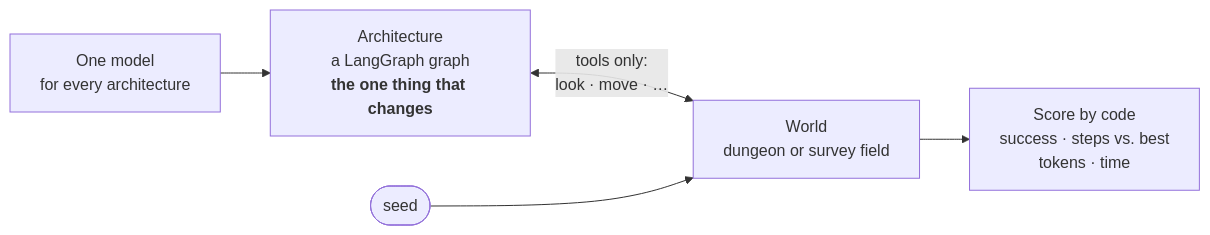
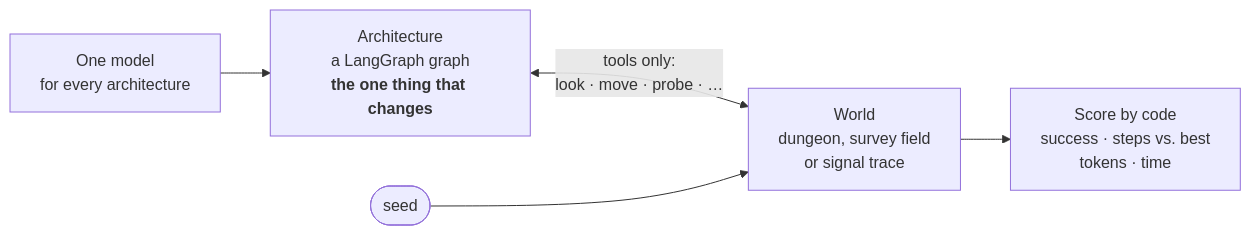
The first of 5 diagrams in README.md (chrysogonus/agent-patterns-lab), drawn with Mermaid before and after one commit. The commit also changed other lines of this file and 68 other files, not shown here.

Commit message:
M9: the signal trace, with A1–A4 and A6 on it

````diff
--- a/README.md
+++ b/README.md
@@ -22,7 +23,7 @@
 ```mermaid
 flowchart LR
     model["One model<br/>for every architecture"] --> arch["Architecture<br/>a LangGraph graph<br/><b>the one thing that changes</b>"]
-    arch <-->|"tools only:<br/>look · move · …"| world["World<br/>dungeon or survey field"]
+    arch <-->|"tools only:<br/>look · move · probe · …"| world["World<br/>dungeon, survey field<br/>or signal trace"]
     seed(["seed"]) --> world
     world --> score["Score by code<br/>success · steps vs. best<br/>tokens · time"]
 ```
````
